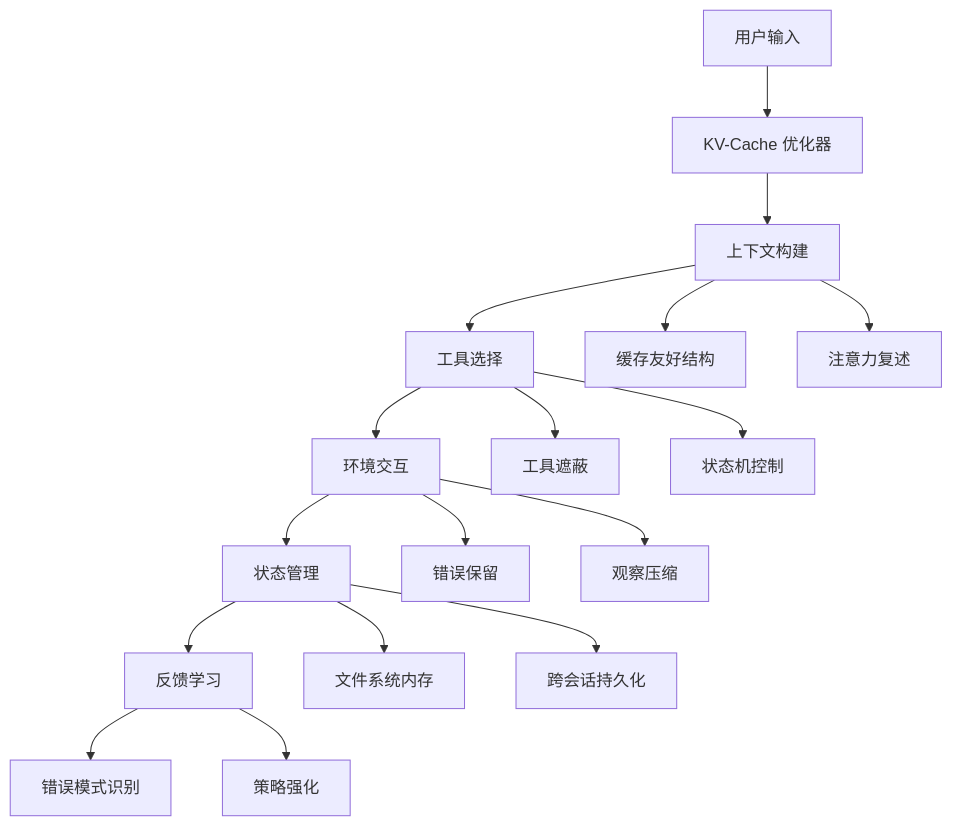
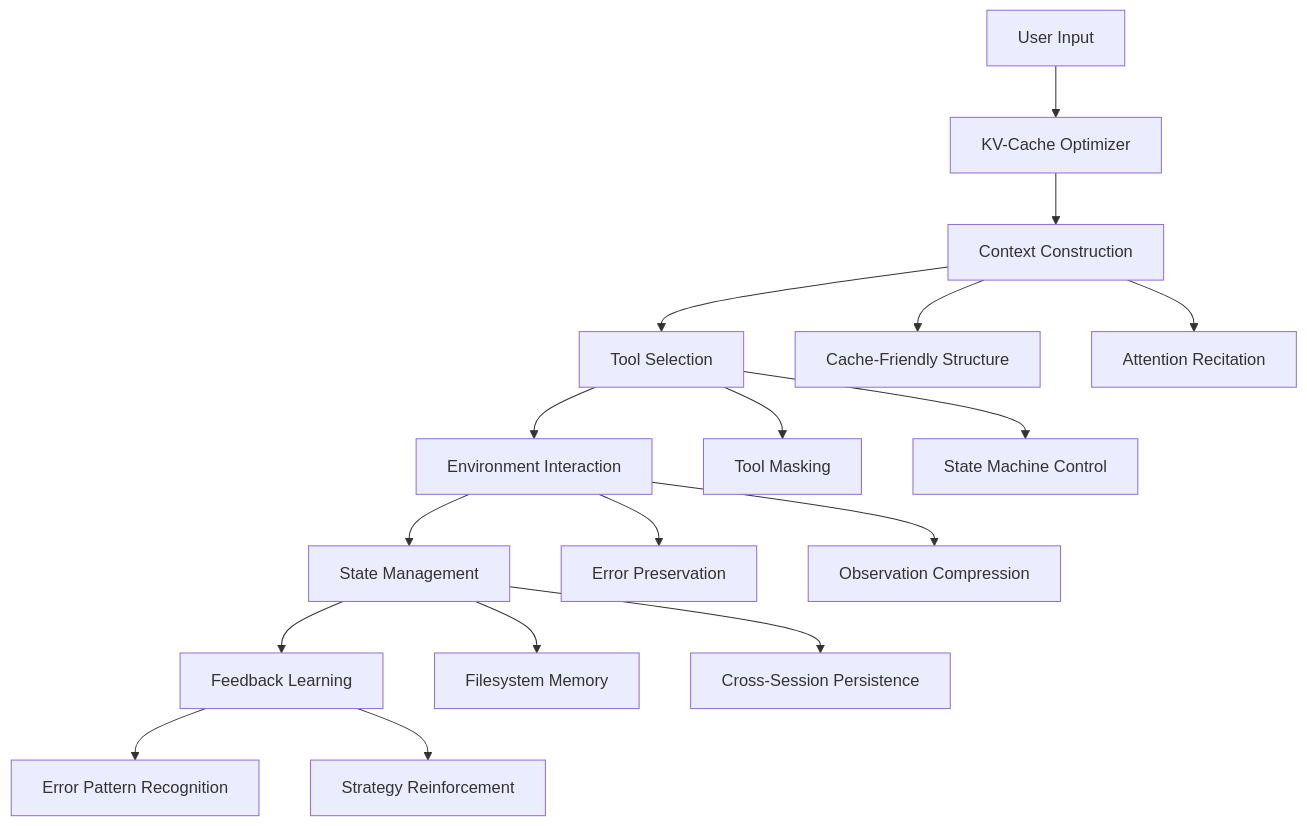
One commit to tylerelyt/LLM-Workshop changed the diagram in docs_site/docs/chapter4/index.md. Above: the diagram before and after it, drawn with Mermaid. The commit also changed other lines of this file and 4 other files, not shown here.

````diff
--- a/docs_site/docs/chapter4/index.md
+++ b/docs_site/docs/chapter4/index.md
@@ -207,20 +207,20 @@
 ```mermaid
 graph TD
-    A[用户输入] --> B[KV-Cache 优化器]
-    B --> C[上下文构建]
-    C --> D[工具选择]
-    D --> E[环境交互]
-    E --> F[状态管理]
-    F --> G[反馈学习]
+    A[User Input] --> B[KV-Cache Optimizer]
+    B --> C[Context Construction]
+    C --> D[Tool Selection]
+    D --> E[Environment Interaction]
+    E --> F[State Management]
+    F --> G[Feedback Learning]
     
-    C --> C1[缓存友好结构]
-    C --> C2[注意力复述]
-    D --> D1[工具遮蔽]
-    D --> D2[状态机控制]
-    E --> E1[错误保留]
-    E --> E2[观察压缩]
-    F --> F1[文件系统内存]
-    F --> F2[跨会话持久化]
-    G --> G1[错误模式识别]
-    G --> G2[策略强化]
+    C --> C1[Cache-Friendly Structure]
+    C --> C2[Attention Recitation]
+    D --> D1[Tool Masking]
+    D --> D2[State Machine Control]
+    E --> E1[Error Preservation]
+    E --> E2[Observation Compression]
+    F --> F1[Filesystem Memory]
+    F --> F2[Cross-Session Persistence]
+    G --> G1[Error Pattern Recognition]
+    G --> G2[Strategy Reinforcement]
 ```
````
